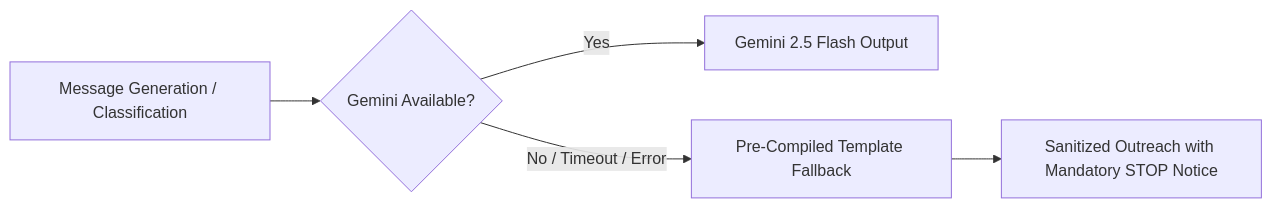
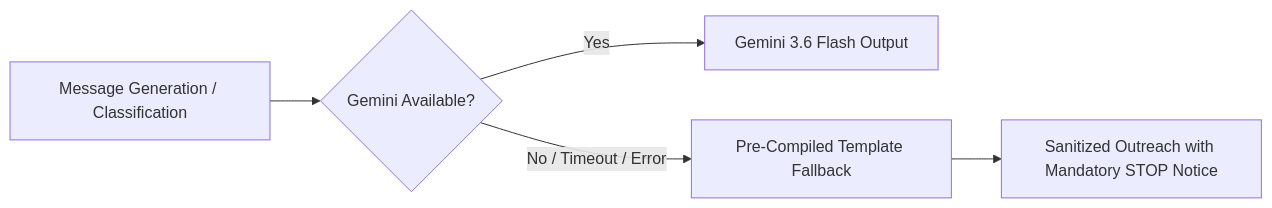
The second of 2 diagrams in docs/AI_DECISIONS.md (archittmittal/Recover-AI), drawn with Mermaid before and after one commit. The commit also changed other lines of this file and 11 other files, not shown here.

````diff
--- a/docs/AI_DECISIONS.md
+++ b/docs/AI_DECISIONS.md
@@ -68,7 +68,7 @@
 ```mermaid
 graph LR
     Req["Message Generation / Classification"] --> Check{"Gemini Available?"}
-    Check -->|Yes| LLM["Gemini 2.5 Flash Output"]
+    Check -->|Yes| LLM["Gemini 3.6 Flash Output"]
     Check -->|No / Timeout / Error| Fallback["Pre-Compiled Template Fallback"]
     Fallback --> Out["Sanitized Outreach with Mandatory STOP Notice"]
 ```
````
